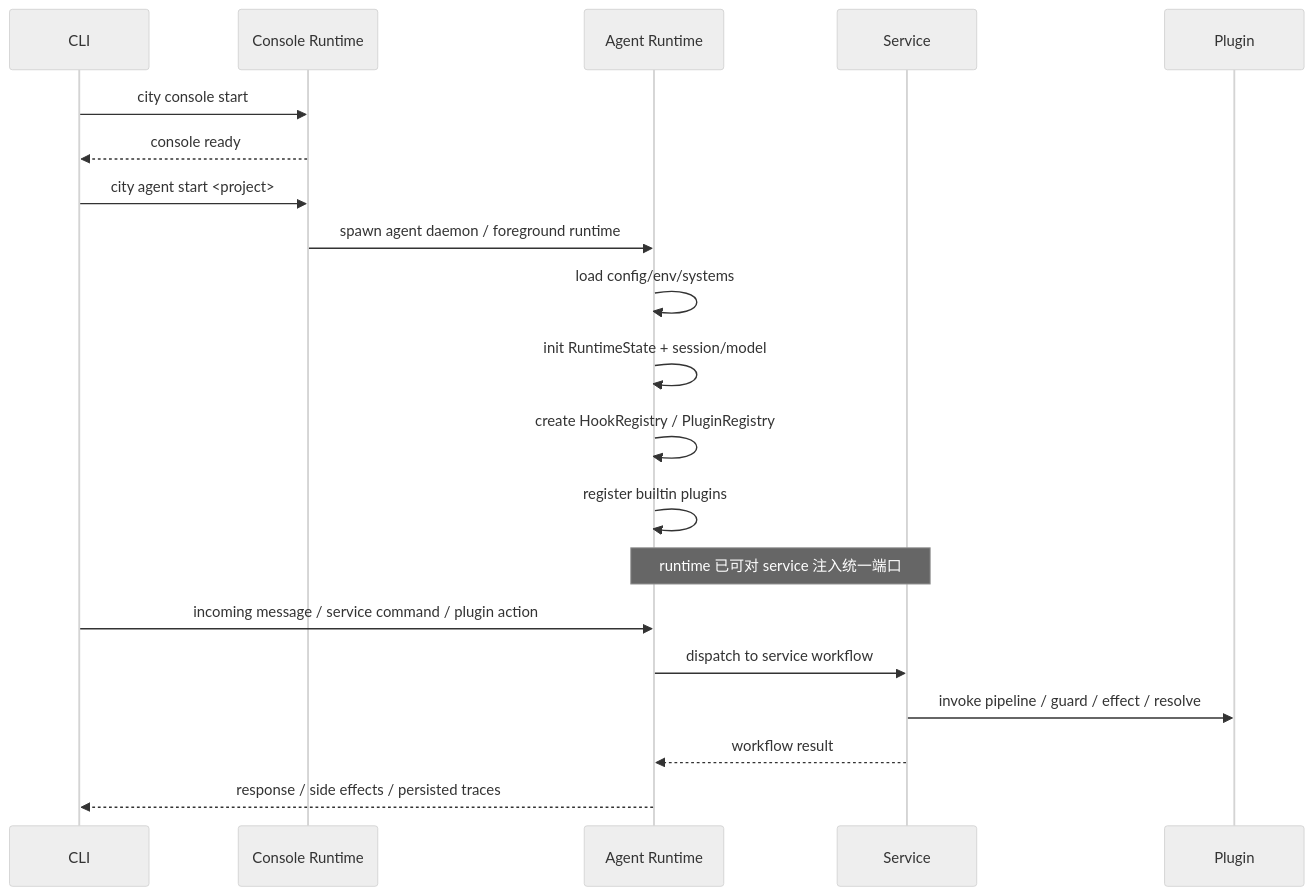
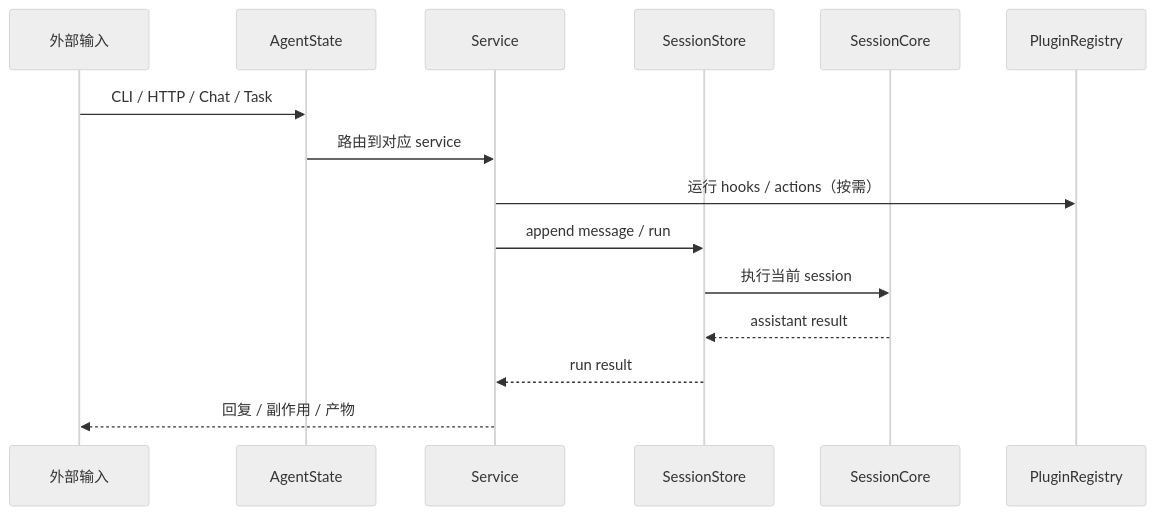
Before and after one commit to wangenius/downcity: the third of 3 diagrams in homepage/content/devdocs/zh/package/runtime-and-services.mdx, drawn with Mermaid (neutral theme). The commit also changed other lines of this file and 37 other files, not shown here.

````diff
--- a/homepage/content/devdocs/zh/package/runtime-and-services.mdx
+++ b/homepage/content/devdocs/zh/package/runtime-and-services.mdx
@@ -201,26 +229,18 @@
 ```mermaid
 sequenceDiagram
-  participant CLI as CLI
-  participant Console as Console Runtime
-  participant Agent as Agent Runtime
-  participant S as Service
-  participant P as Plugin
+  participant In as 外部输入
+  participant Agent as AgentState
+  participant Service as Service
+  participant Session as SessionStore
+  participant Core as SessionCore
+  participant Plugin as PluginRegistry
 
-  CLI->>Console: city console start
-  Console-->>CLI: console ready
-
-  CLI->>Console: city agent start <project>
-  Console->>Agent: spawn agent daemon / foreground runtime
-  Agent->>Agent: load config/env/systems
-  Agent->>Agent: init RuntimeState + session/model
-  Agent->>Agent: create HookRegistry / PluginRegistry
-  Agent->>Agent: register builtin plugins
-
-  Note over Agent,S: runtime 已可对 service 注入统一端口
-
-  CLI->>Agent: incoming message / service command / plugin action
-  Agent->>S: dispatch to service workflow
-  S->>P: invoke pipeline / guard / effect / resolve
-  S-->>Agent: workflow result
-  Agent-->>CLI: response / side effects / persisted traces
+  In->>Agent: CLI / HTTP / Chat / Task
+  Agent->>Service: 路由到对应 service
+  Service->>Plugin: 运行 hooks / actions（按需）
+  Service->>Session: append message / run
+  Session->>Core: 执行当前 session
+  Core-->>Session: assistant result
+  Session-->>Service: run result
+  Service-->>In: 回复 / 副作用 / 产物
 ```
````
